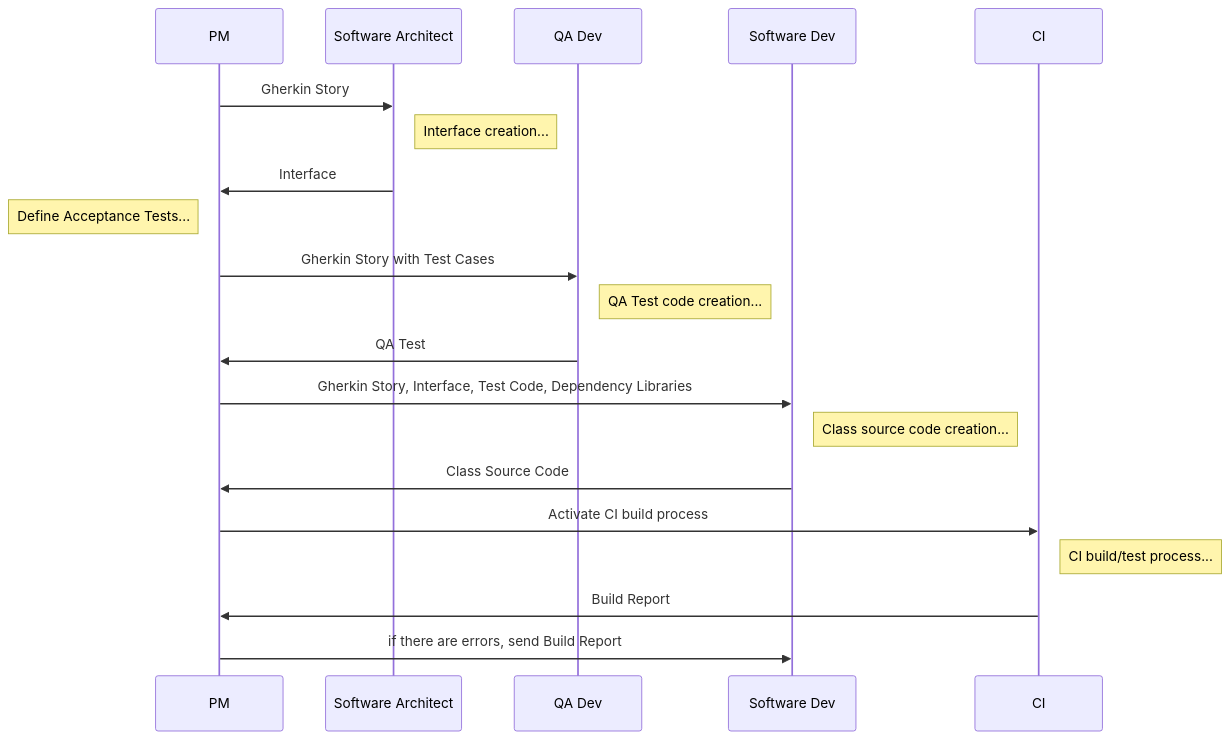
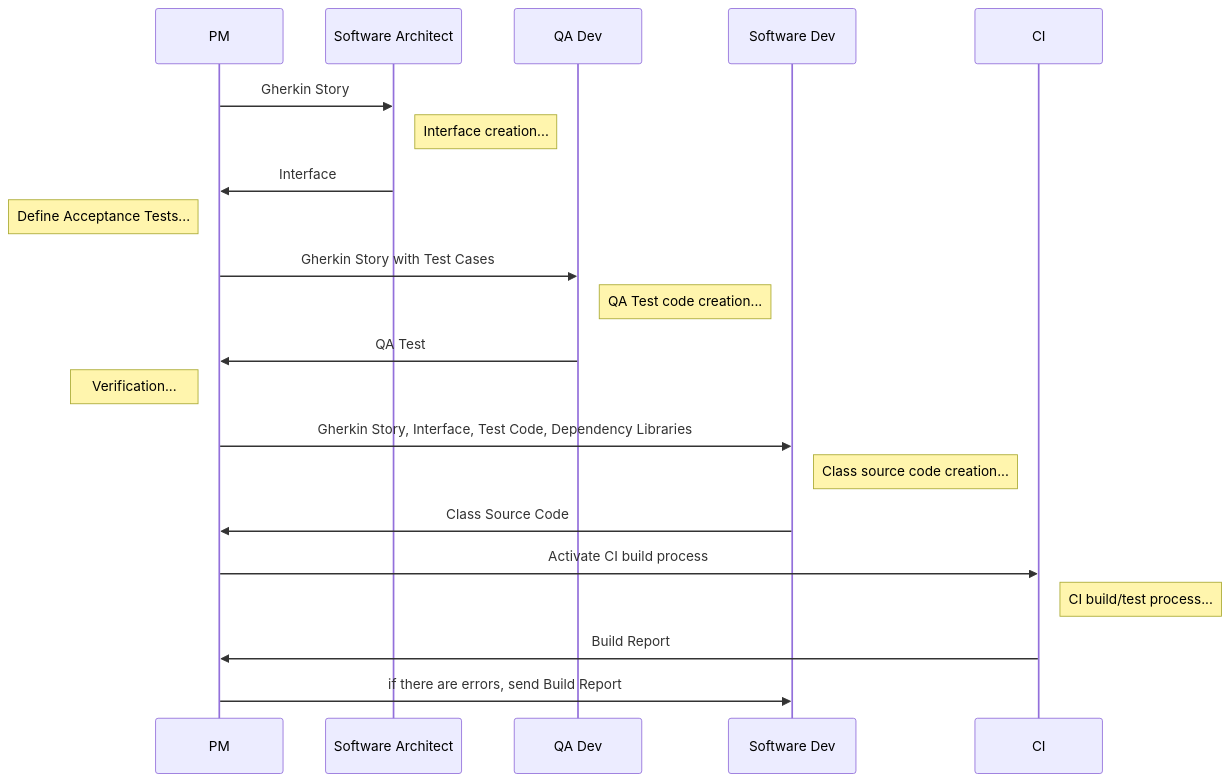
One commit to luminosita/beehive changed the diagram in docs/classCreateFlow.md. Above: the diagram before and after it, drawn with Mermaid. The commit also changed 4 other files, not shown here.

````diff
--- a/docs/classCreateFlow.md
+++ b/docs/classCreateFlow.md
@@ -1,22 +1,23 @@
 ```mermaid
 sequenceDiagram
     participant B as PM    
     participant A as Software Architect
     participant C as QA Dev
     participant D as Software Dev
     participant E as CI
     B->> A: Gherkin Story 
     Note right of A: Interface creation... 
     A->> B: Interface
     Note left of B: Define Acceptance Tests... 
     B->> C: Gherkin Story with Test Cases
     Note right of C: QA Test code creation... 
     C->> B: QA Test
+    Note left of B: Verification...
     B->> D: Gherkin Story, Interface, Test Code, Dependency Libraries
     Note right of D: Class source code creation... 
     D->> B: Class Source Code
     B->> E: Activate CI build process
     Note right of E: CI build/test process... 
     E->> B: Build Report 
     B->> D: if there are errors, send Build Report
-```    
+```
````
